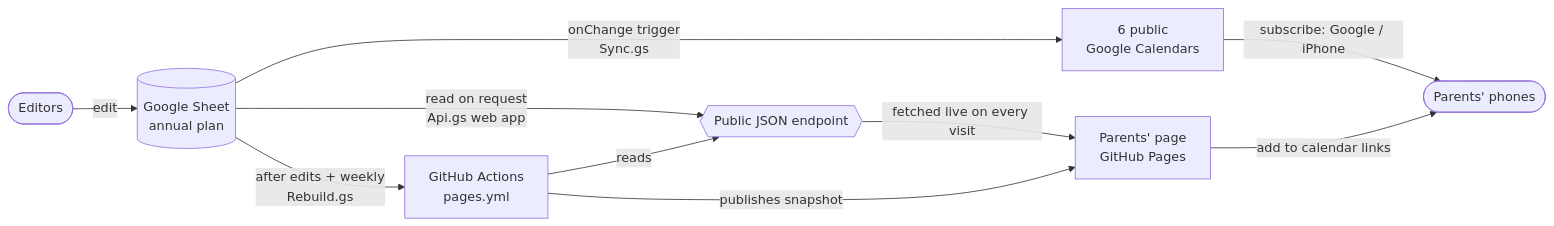
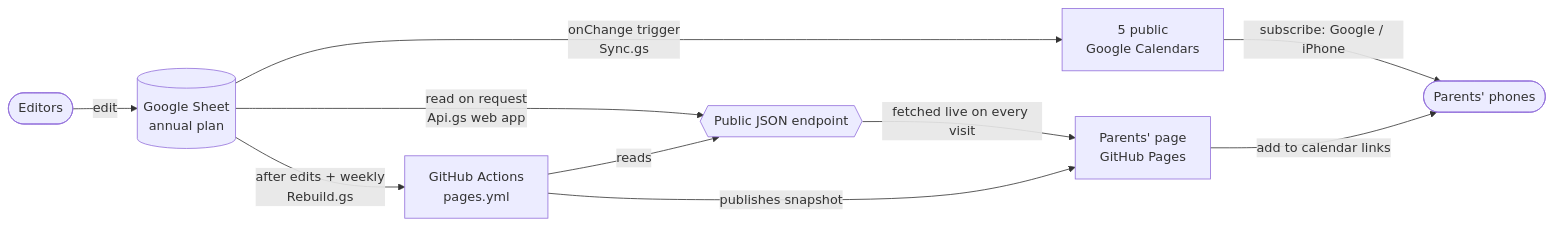
Before and after one commit to halhats-dev/noar-halhats: the diagram in README.md, drawn with Mermaid. The commit also changed other lines of this file and 2 other files, not shown here.

````diff
--- a/README.md
+++ b/README.md
@@ -15,12 +15,12 @@
 ```mermaid
 flowchart LR
   E([Editors]) -->|edit| S[(Google Sheet<br/>annual plan)]
-  S -->|onChange trigger<br/>Sync.gs| C[6 public<br/>Google Calendars]
+  S -->|onChange trigger<br/>Sync.gs| C[5 public<br/>Google Calendars]
   S -->|read on request<br/>Api.gs web app| A{{Public JSON endpoint}}
   A -->|fetched live on every visit| P[Parents' page<br/>GitHub Pages]
   S -->|after edits + weekly<br/>Rebuild.gs| G[GitHub Actions<br/>pages.yml]
   G -->|reads| A
   G -->|publishes snapshot| P
   C -->|subscribe: Google / iPhone| Ph([Parents' phones])
   P -->|add to calendar links| Ph
 ```
````
